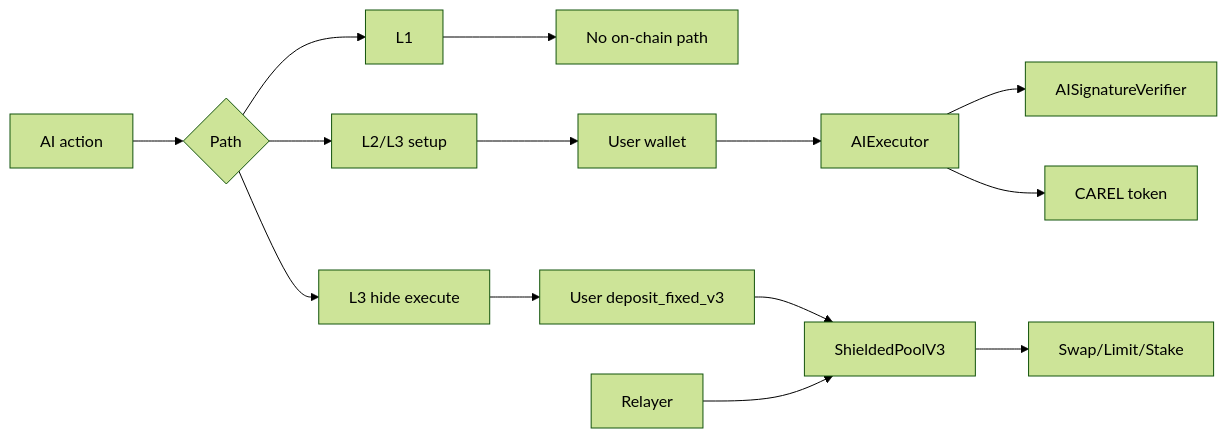
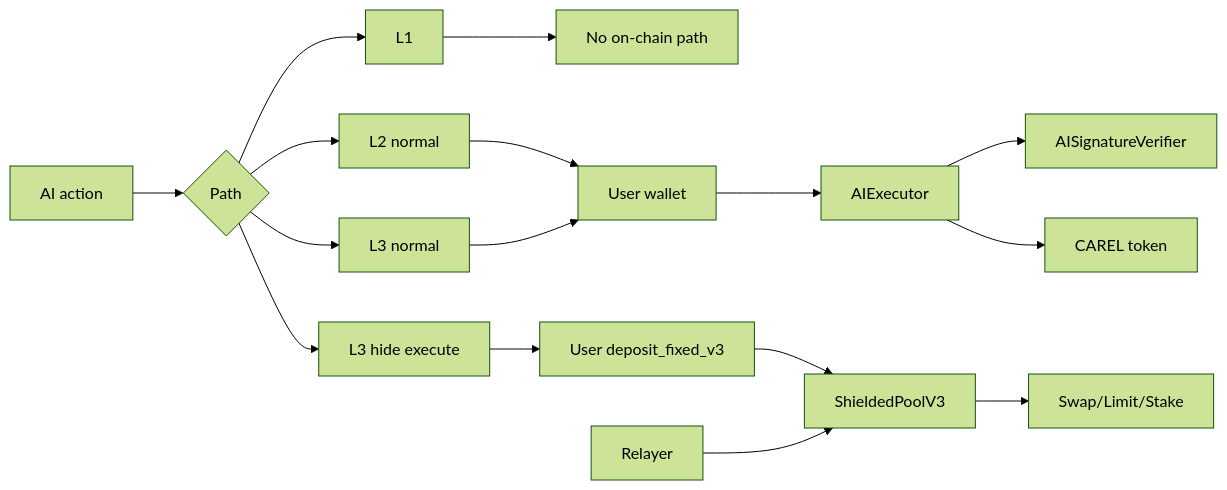
Before and after one commit to ntfound-dev/zkcarel_protocol: the fifth of 5 diagrams in smartcontract/README.md, drawn with Mermaid (forest theme). The commit also changed other lines of this file and 3 other files, not shown here.

````diff
--- a/smartcontract/README.md
+++ b/smartcontract/README.md
@@ -188,19 +188,22 @@
 ```mermaid
 flowchart LR
   A[AI action] --> B{Path}
 
   B --> C[L1]
   C --> C1[No on-chain path]
 
-  B --> D[L2/L3 setup]
+  B --> D[L2 normal]
   D --> U[User wallet]
   U --> AIEXEC[AIExecutor]
   AIEXEC --> AIVER[AISignatureVerifier]
   AIEXEC --> CAREL[CAREL token]
 
-  B --> E[L3 hide execute]
-  E --> NOTE[User deposit_fixed_v3]
+  B --> E[L3 normal]
+  E --> U
+
+  B --> F[L3 hide execute]
+  F --> NOTE[User deposit_fixed_v3]
   NOTE --> EXEC[ShieldedPoolV3]
   R[Relayer] --> EXEC
   EXEC --> TARGET[Swap/Limit/Stake]
 ```
````
